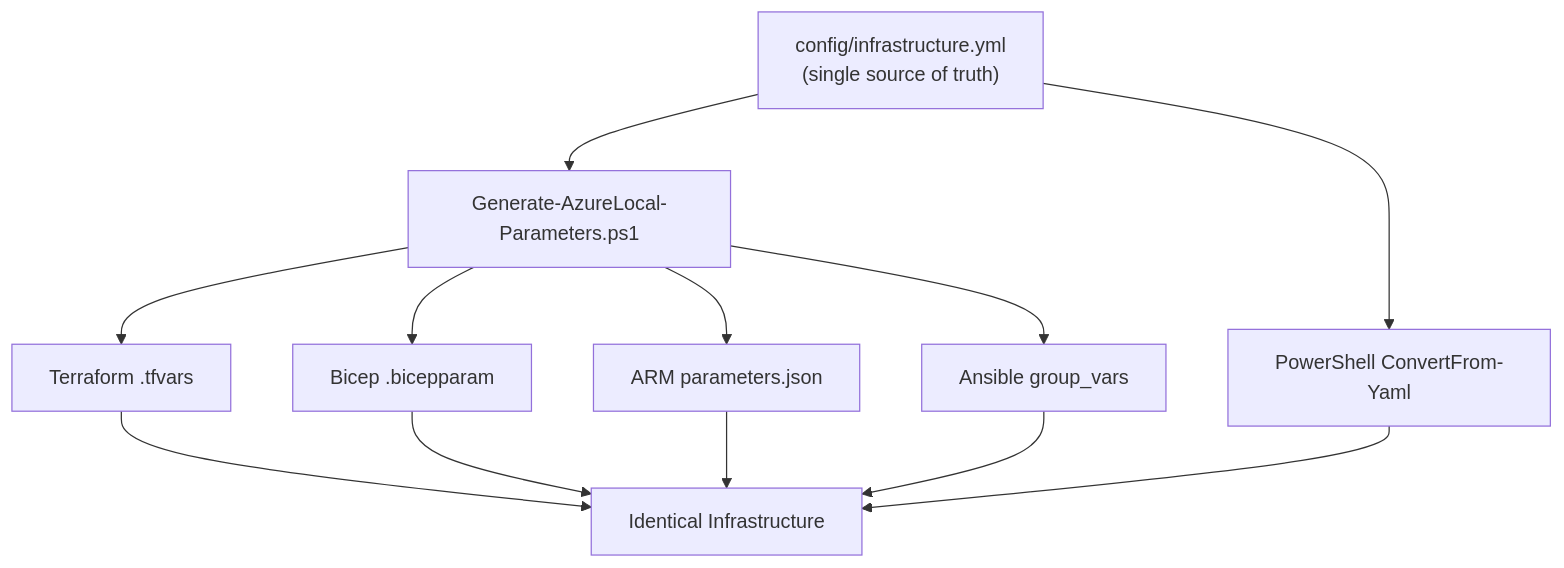
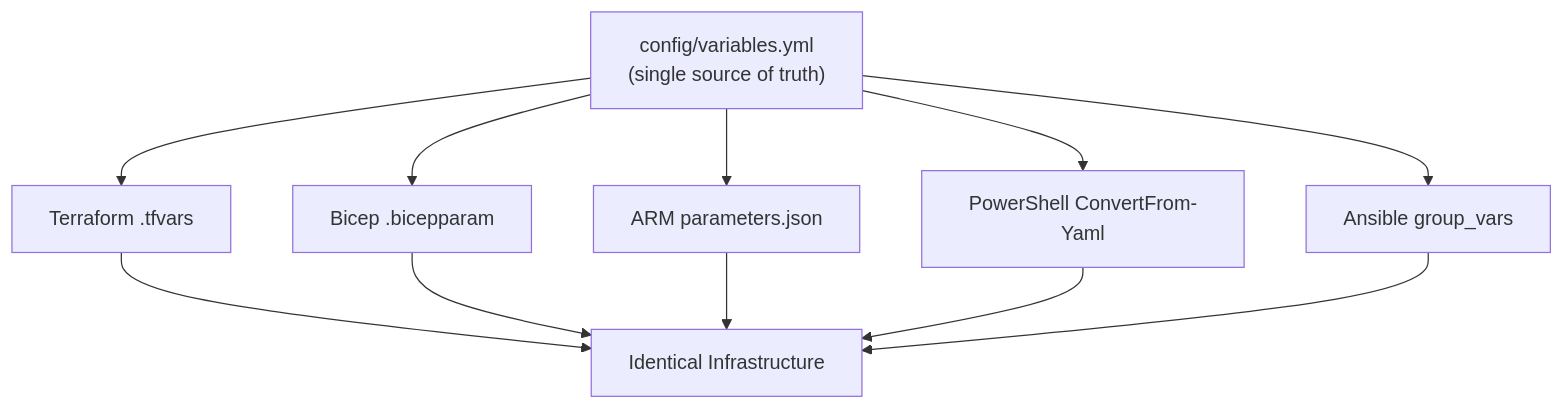
One commit to AzureLocal/azurelocal-toolkit changed the diagram in docs/standards/automation.md. Above: the diagram before and after it, drawn with Mermaid. The commit also changed other lines of this file and 8 other files, not shown here.

````diff
--- a/docs/standards/automation.md
+++ b/docs/standards/automation.md
@@ -17,14 +17,13 @@
 ```mermaid
 flowchart TB
-    A["config/infrastructure.yml<br/>(single source of truth)"] --> B[Generate-AzureLocal-Parameters.ps1]
-    B --> C[Terraform .tfvars]
-    B --> D[Bicep .bicepparam]
-    B --> E[ARM parameters.json]
-    B --> F[Ansible group_vars]
-    A --> G[PowerShell ConvertFrom-Yaml]
-    C --> H[Identical Infrastructure]
-    D --> H
-    E --> H
-    F --> H
-    G --> H
+    A["config/variables.yml<br/>(single source of truth)"] --> B[Terraform .tfvars]
+    A --> C[Bicep .bicepparam]
+    A --> D[ARM parameters.json]
+    A --> E[PowerShell ConvertFrom-Yaml]
+    A --> F[Ansible group_vars]
+    B --> G[Identical Infrastructure]
+    C --> G
+    D --> G
+    E --> G
+    F --> G
 ```
````
